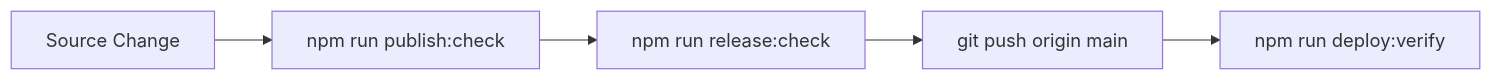
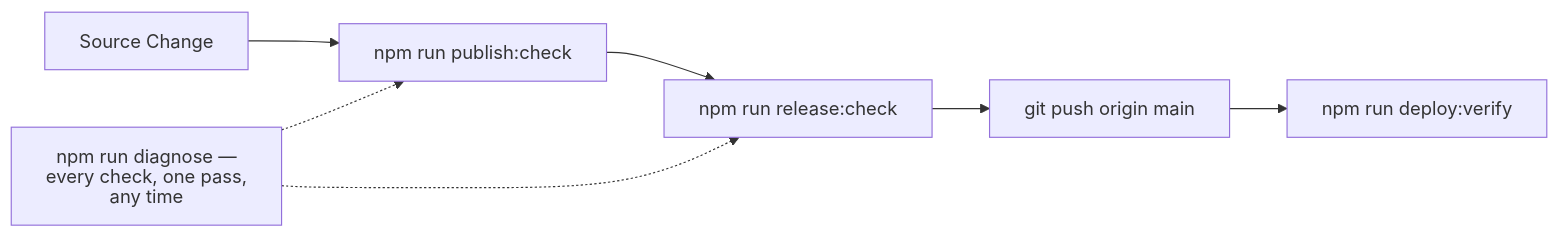
One commit to joeseverino/jseverino.com changed the diagram in README.md. Above: the diagram before and after it, drawn with Mermaid. The commit also changed other lines of this file and 8 other files, not shown here.

First line of the commit message:
docs(commands): full reference in docs/Commands.md; diagnose in the gate diagrams

````diff
--- a/README.md
+++ b/README.md
@@ -213,5 +197,7 @@
 ```mermaid
 %%{init: { "htmlLabels": false } }%%
 graph LR
     A["Source Change"] --> B["npm run publish:check"] --> C["npm run release:check"] --> D["git push origin main"] --> E["npm run deploy:verify"]
+    G["npm run diagnose — every check, one pass, any time"] -.-> B
+    G -.-> C
 ```
````
